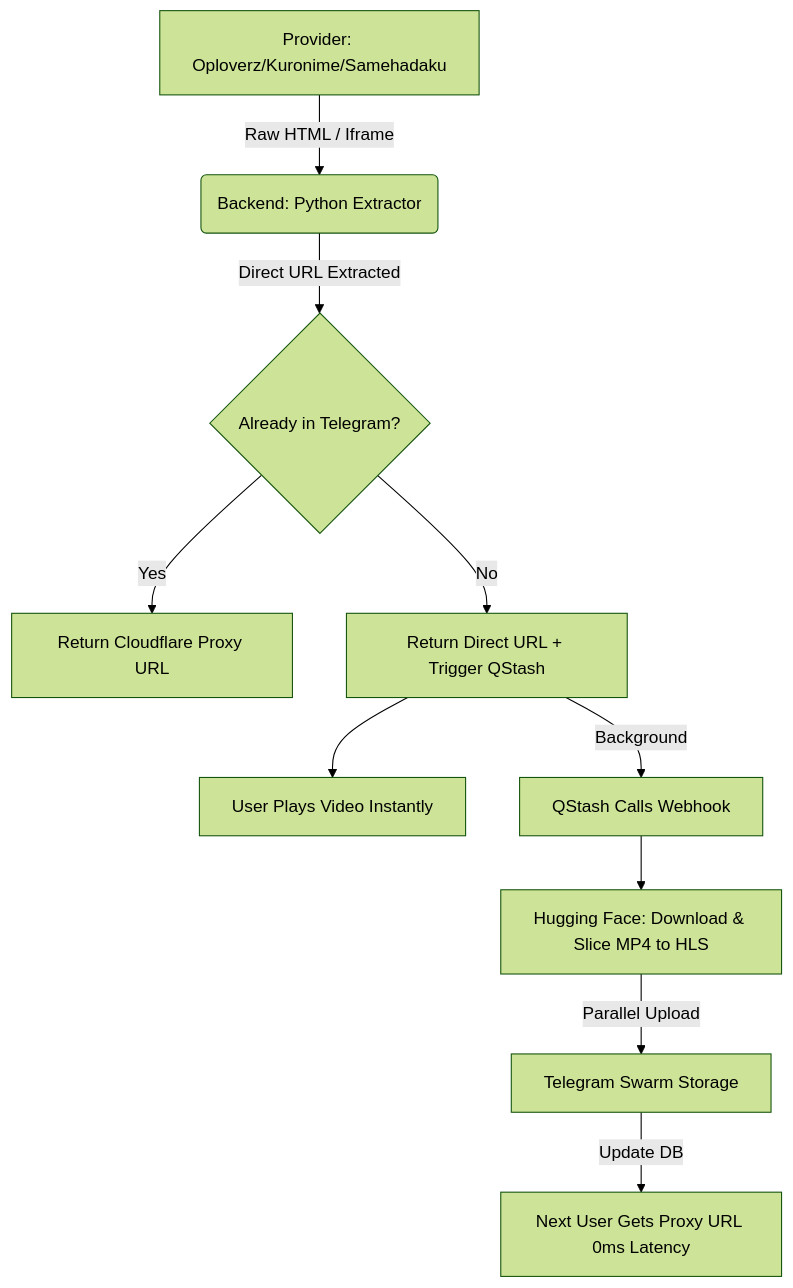
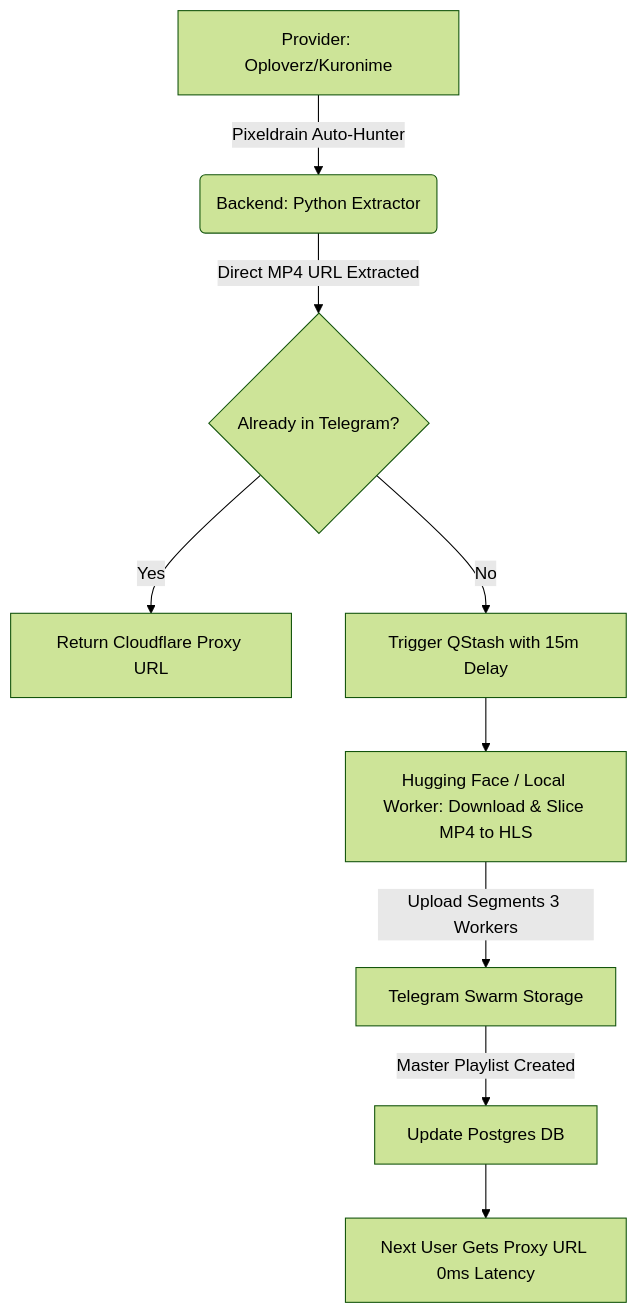
Before and after one commit to mhaekall/anime-scraper-pro: the diagram in ARCHITECTURE_V2.md, drawn with Mermaid (forest theme). The commit also changed other lines of this file and 2 other files, not shown here.

Commit message:
docs: update architecture, session snapshot, and handover protocols for next session

````diff
--- a/ARCHITECTURE_V2.md
+++ b/ARCHITECTURE_V2.md
@@ -38,12 +39,11 @@
 ```mermaid
 graph TD
-    A[Provider: Oploverz/Kuronime/Samehadaku] -->|Raw HTML / Iframe| B(Backend: Python Extractor)
-    B -->|Direct URL Extracted| C{Already in Telegram?}
+    A[Provider: Oploverz/Kuronime] -->|Pixeldrain Auto-Hunter| B(Backend: Python Extractor)
+    B -->|Direct MP4 URL Extracted| C{Already in Telegram?}
     C -->|Yes| D[Return Cloudflare Proxy URL]
-    C -->|No| E[Return Direct URL + Trigger QStash]
-    E --> F[User Plays Video Instantly]
-    E -->|Background| G[QStash Calls Webhook]
-    G --> H[Hugging Face: Download & Slice MP4 to HLS]
-    H -->|Parallel Upload| I[Telegram Swarm Storage]
-    I -->|Update DB| J[Next User Gets Proxy URL 0ms Latency]
+    C -->|No| E[Trigger QStash with 15m Delay]
+    E --> F[Hugging Face / Local Worker: Download & Slice MP4 to HLS]
+    F -->|Upload Segments 3 Workers| G[Telegram Swarm Storage]
+    G -->|Master Playlist Created| H[Update Postgres DB]
+    H --> I[Next User Gets Proxy URL 0ms Latency]
 ```
````
